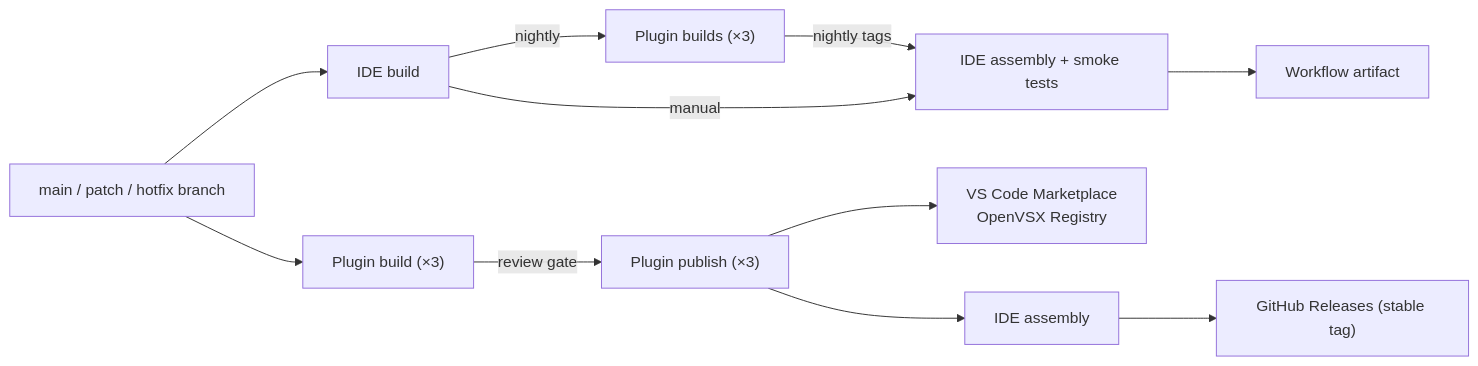
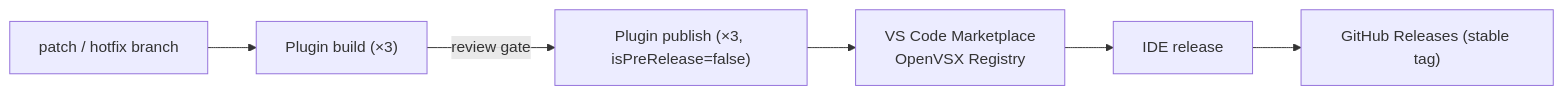
One commit to NipunaRanasinghe/wso2i-process-guides changed the fifth of 5 diagrams in docs/cicd-pipelines.md. Above: the diagram before and after it, drawn with Mermaid. The commit also changed other lines of this file, not shown here.

````diff
--- a/docs/cicd-pipelines.md
+++ b/docs/cicd-pipelines.md
@@ -32,13 +79,7 @@
 ```mermaid
 graph LR
-    M["main / patch / hotfix branch"] --> IB["IDE build"]
-    IB -->|nightly| PL["Plugin builds (×3)"]
-    PL -->|nightly tags| AS["IDE assembly + smoke tests"]
-    IB -->|manual| AS
-    AS --> IA["Workflow artifact"]
-    M --> PB["Plugin build (×3)"]
-    PB -->|review gate| PP["Plugin publish (×3)"]
+    M["patch / hotfix branch"] --> PB["Plugin build (×3)"]
+    PB -->|review gate| PP["Plugin publish (×3, isPreRelease=false)"]
     PP --> MK["VS Code Marketplace<br>OpenVSX Registry"]
-    PP --> BA["IDE assembly"]
-    BA --> GR["GitHub Releases (stable tag)"]
+    MK --> BA["IDE release"] --> GR["GitHub Releases (stable tag)"]
 ```
````
